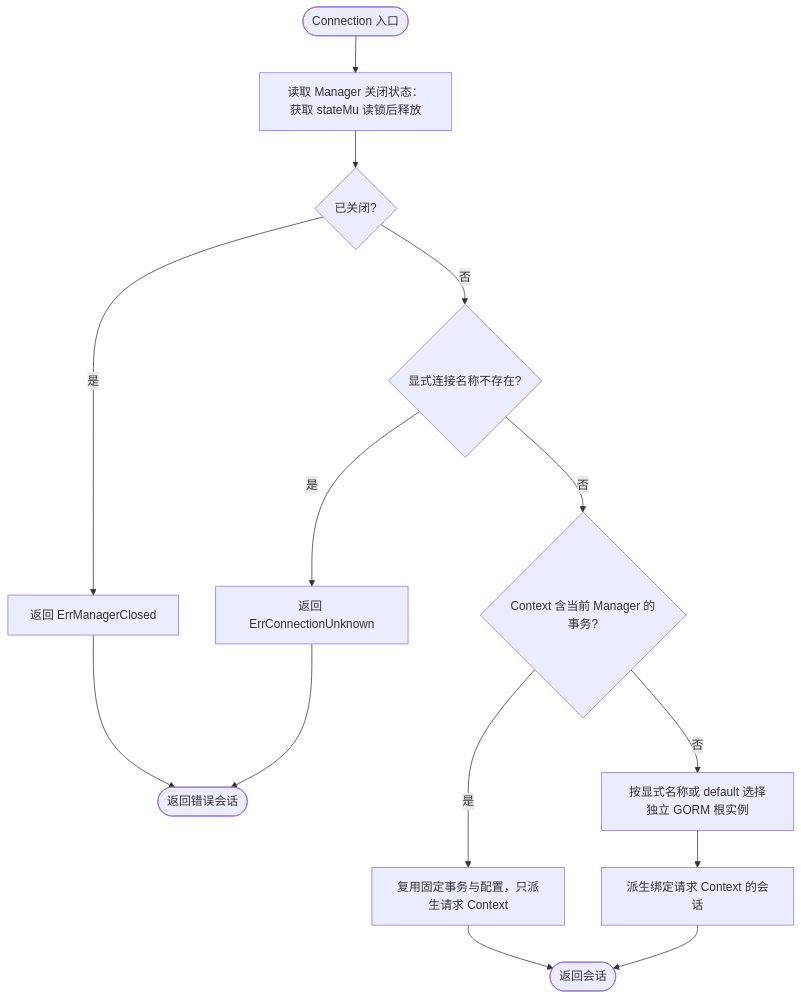
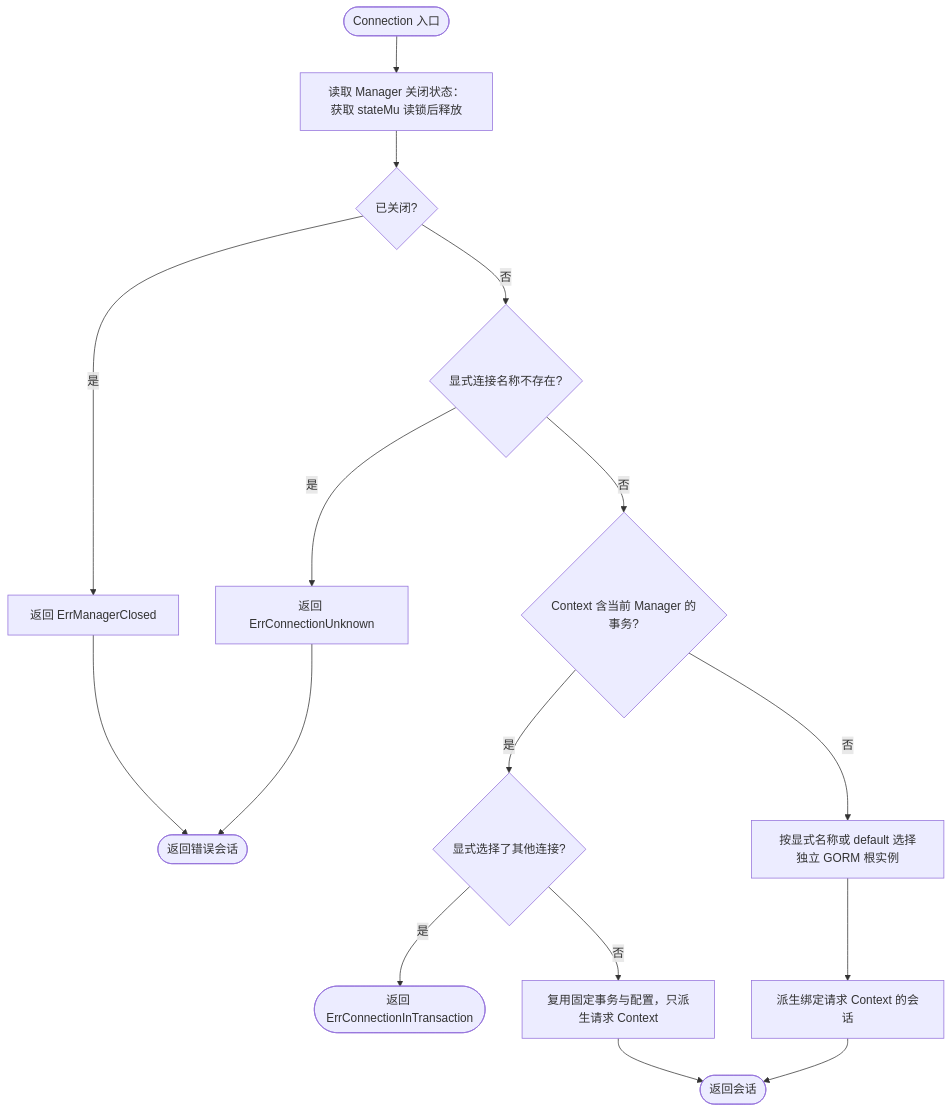
One commit to jaggerzhuang1994/kratos-foundation changed the first of 10 diagrams in pkg/database/README.md. Above: the diagram before and after it, drawn with Mermaid. The commit also changed other lines of this file and 11 other files, not shown here.

````diff
--- a/pkg/database/README.md
+++ b/pkg/database/README.md
@@ -44,16 +44,18 @@
 ```mermaid
 flowchart TD
     A([Connection 入口]) --> B[读取 Manager 关闭状态：获取 stateMu 读锁后释放]
     B --> C{已关闭?}
     C -- 是 --> D[返回 ErrManagerClosed]
     C -- 否 --> E{显式连接名称不存在?}
     E -- 是 --> F[返回 ErrConnectionUnknown]
     E -- 否 --> G{Context 含当前 Manager 的事务?}
-    G -- 是 --> H[复用固定事务与配置，只派生请求 Context]
+    G -- 是 --> GC{显式选择了其他连接?}
+    GC -- 是 --> GE([返回 ErrConnectionInTransaction])
+    GC -- 否 --> H[复用固定事务与配置，只派生请求 Context]
     G -- 否 --> I[按显式名称或 default 选择独立 GORM 根实例]
     I --> J[派生绑定请求 Context 的会话]
     H --> K([返回会话])
     J --> K
     D --> L([返回错误会话])
     F --> L
 ```
````
